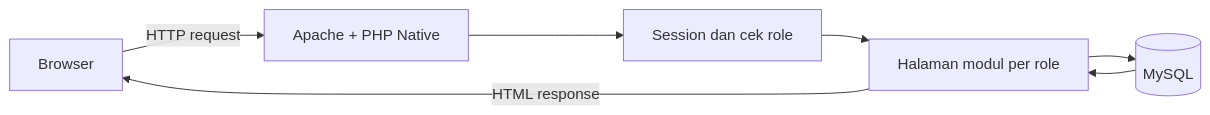
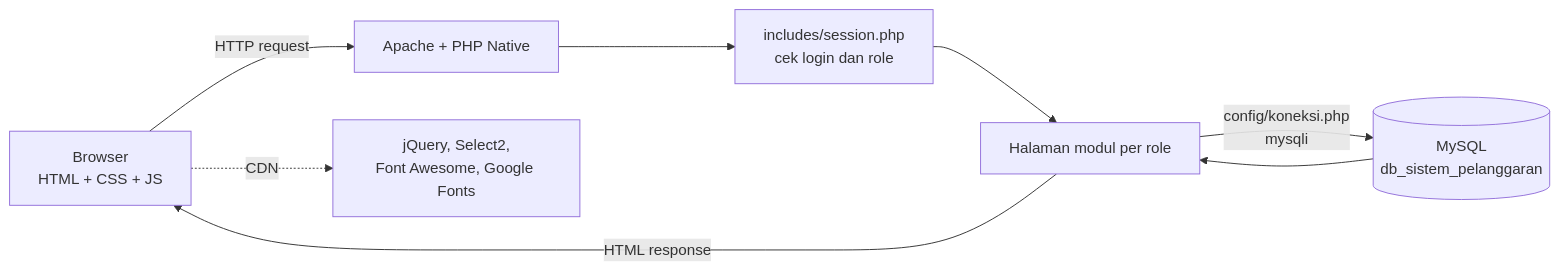
One commit to Debuggersunesa/sistem-pelanggaran-siswa changed the first of 3 diagrams in README.md. Above: the diagram before and after it, drawn with Mermaid. The commit also changed other lines of this file, not shown here.

````diff
--- a/README.md
+++ b/README.md
@@ -46,9 +46,10 @@
 ```mermaid
 flowchart LR
-    U[Browser] -->|HTTP request| P[Apache + PHP Native]
-    P --> S[Session dan cek role]
+    U[Browser<br/>HTML + CSS + JS] -->|HTTP request| P[Apache + PHP Native]
+    P --> S[includes/session.php<br/>cek login dan role]
     S --> M[Halaman modul per role]
-    M --> D[(MySQL)]
+    M -->|config/koneksi.php<br/>mysqli| D[(MySQL<br/>db_sistem_pelanggaran)]
     D --> M
     M -->|HTML response| U
+    U -.->|CDN| C[jQuery, Select2,<br/>Font Awesome, Google Fonts]
 ```
````
